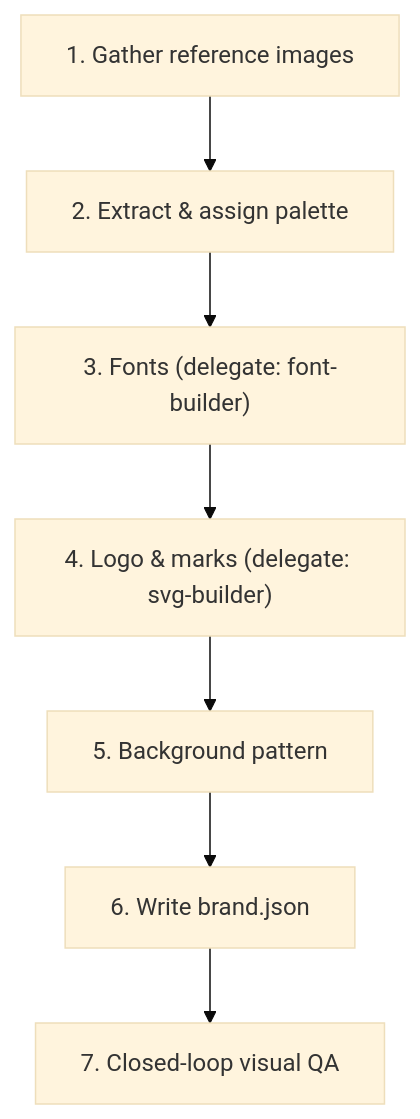
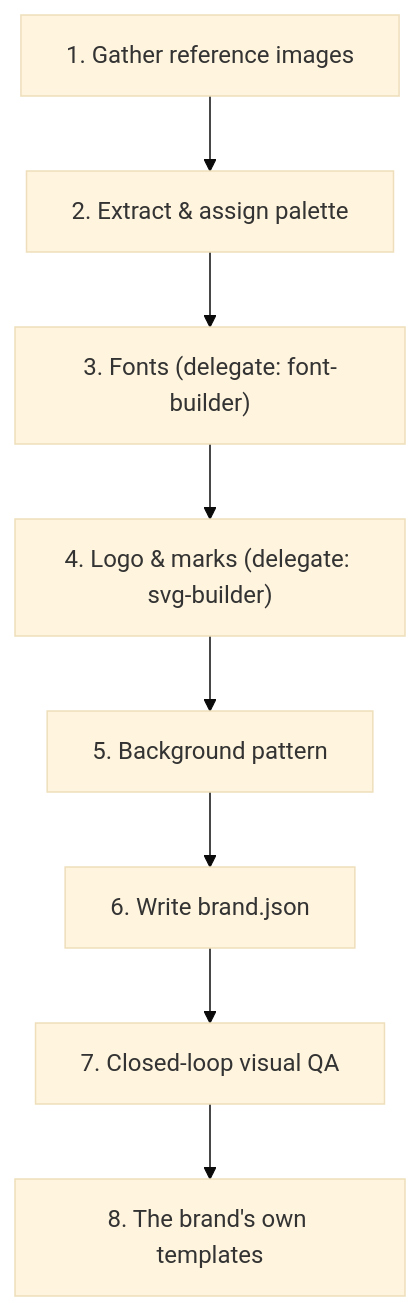
Before and after one commit to samurai-py/social-skills: the diagram in canva-killer/skills/brand-identity/SKILL.md, drawn with Mermaid (base theme). The commit also changed other lines of this file and 24 other files, not shown here.

````diff
--- a/canva-killer/skills/brand-identity/SKILL.md
+++ b/canva-killer/skills/brand-identity/SKILL.md
@@ -31,9 +31,10 @@
 ```mermaid
 graph TD
     A["1. Gather reference images"] --> B["2. Extract & assign palette"]
     B --> C["3. Fonts (delegate: font-builder)"]
     C --> D["4. Logo & marks (delegate: svg-builder)"]
     D --> E["5. Background pattern"]
     E --> F["6. Write brand.json"]
     F --> G["7. Closed-loop visual QA"]
+    G --> H["8. The brand's own templates"]
 ```
````
